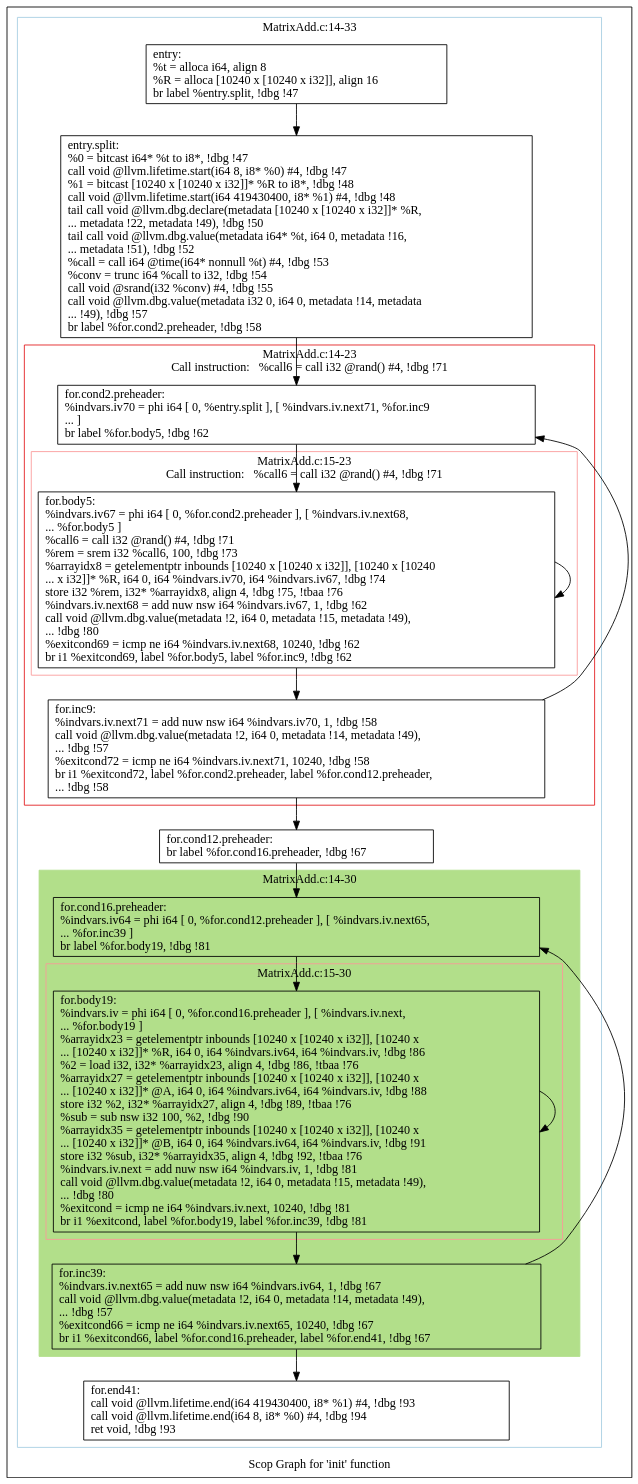
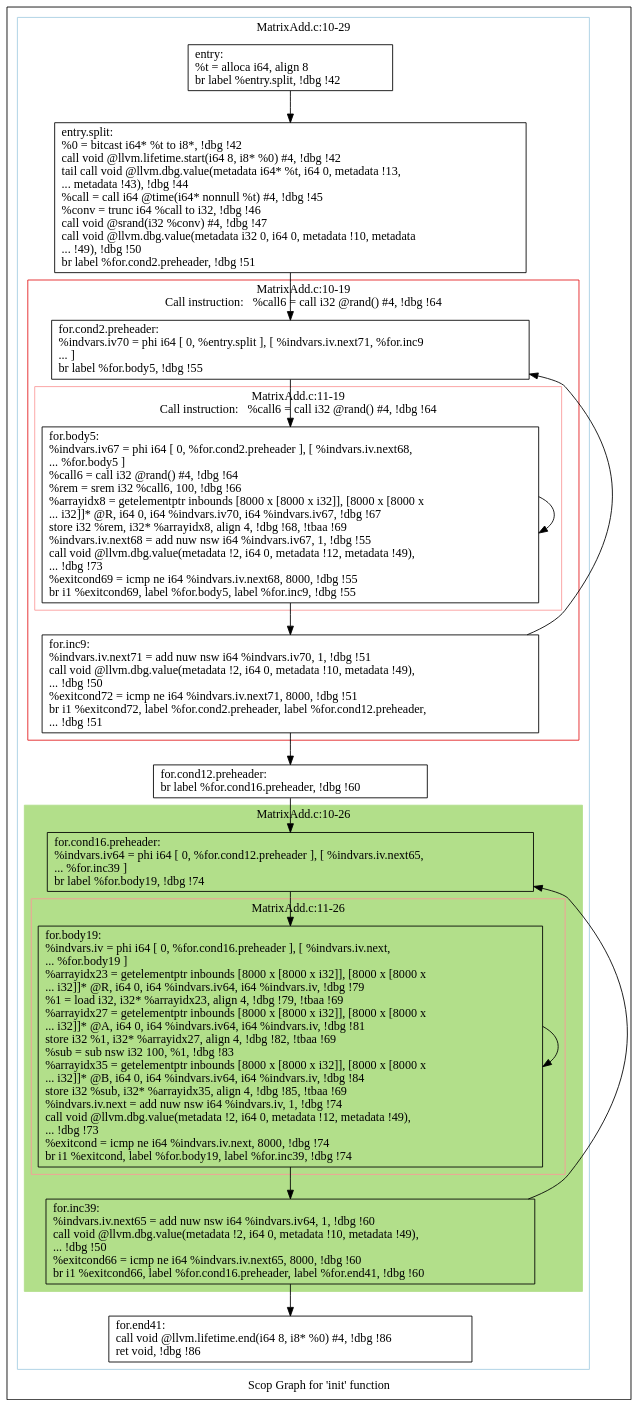
Before and after one commit to samminweng/WhileyOpenCL: the diagram in polly/MatrixAdd/impl/handwritten/dot/scops.init.dot, drawn with Graphviz. The commit also changed 20 other files, not shown here.

```diff
--- a/polly/MatrixAdd/impl/handwritten/dot/scops.init.dot
+++ b/polly/MatrixAdd/impl/handwritten/dot/scops.init.dot
@@ -1,67 +1,67 @@
 digraph "Scop Graph for 'init' function" {
 	label="Scop Graph for 'init' function";
 
-	Node0xa0a33d0 [shape=record,label="{entry:\l  %t = alloca i64, align 8\l  %R = alloca [10240 x [10240 x i32]], align 16\l  br label %entry.split, !dbg !47\l}"];
-	Node0xa0a33d0 -> Node0xa170950;
-	Node0xa170950 [shape=record,label="{entry.split:                                      \l  %0 = bitcast i64* %t to i8*, !dbg !47\l  call void @llvm.lifetime.start(i64 8, i8* %0) #4, !dbg !47\l  %1 = bitcast [10240 x [10240 x i32]]* %R to i8*, !dbg !48\l  call void @llvm.lifetime.start(i64 419430400, i8* %1) #4, !dbg !48\l  tail call void @llvm.dbg.declare(metadata [10240 x [10240 x i32]]* %R,\l... metadata !22, metadata !49), !dbg !50\l  tail call void @llvm.dbg.value(metadata i64* %t, i64 0, metadata !16,\l... metadata !51), !dbg !52\l  %call = call i64 @time(i64* nonnull %t) #4, !dbg !53\l  %conv = trunc i64 %call to i32, !dbg !54\l  call void @srand(i32 %conv) #4, !dbg !55\l  call void @llvm.dbg.value(metadata i32 0, i64 0, metadata !14, metadata\l... !49), !dbg !57\l  br label %for.cond2.preheader, !dbg !58\l}"];
-	Node0xa170950 -> Node0xa0a00e0;
-	Node0xa0a00e0 [shape=record,label="{for.cond2.preheader:                              \l  %indvars.iv70 = phi i64 [ 0, %entry.split ], [ %indvars.iv.next71, %for.inc9\l... ]\l  br label %for.body5, !dbg !62\l}"];
-	Node0xa0a00e0 -> Node0xa0a2a00;
-	Node0xa0a2a00 [shape=record,label="{for.body5:                                        \l  %indvars.iv67 = phi i64 [ 0, %for.cond2.preheader ], [ %indvars.iv.next68,\l... %for.body5 ]\l  %call6 = call i32 @rand() #4, !dbg !71\l  %rem = srem i32 %call6, 100, !dbg !73\l  %arrayidx8 = getelementptr inbounds [10240 x [10240 x i32]], [10240 x [10240\l... x i32]]* %R, i64 0, i64 %indvars.iv70, i64 %indvars.iv67, !dbg !74\l  store i32 %rem, i32* %arrayidx8, align 4, !dbg !75, !tbaa !76\l  %indvars.iv.next68 = add nuw nsw i64 %indvars.iv67, 1, !dbg !62\l  call void @llvm.dbg.value(metadata !2, i64 0, metadata !15, metadata !49),\l... !dbg !80\l  %exitcond69 = icmp ne i64 %indvars.iv.next68, 10240, !dbg !62\l  br i1 %exitcond69, label %for.body5, label %for.inc9, !dbg !62\l}"];
-	Node0xa0a2a00 -> Node0xa0a2a00[constraint=false];
-	Node0xa0a2a00 -> Node0xa14ba80;
-	Node0xa14ba80 [shape=record,label="{for.inc9:                                         \l  %indvars.iv.next71 = add nuw nsw i64 %indvars.iv70, 1, !dbg !58\l  call void @llvm.dbg.value(metadata !2, i64 0, metadata !14, metadata !49),\l... !dbg !57\l  %exitcond72 = icmp ne i64 %indvars.iv.next71, 10240, !dbg !58\l  br i1 %exitcond72, label %for.cond2.preheader, label %for.cond12.preheader,\l... !dbg !58\l}"];
-	Node0xa14ba80 -> Node0xa0a00e0[constraint=false];
-	Node0xa14ba80 -> Node0xa0a4c90;
-	Node0xa0a4c90 [shape=record,label="{for.cond12.preheader:                             \l  br label %for.cond16.preheader, !dbg !67\l}"];
-	Node0xa0a4c90 -> Node0xa0aceb0;
-	Node0xa0aceb0 [shape=record,label="{for.cond16.preheader:                             \l  %indvars.iv64 = phi i64 [ 0, %for.cond12.preheader ], [ %indvars.iv.next65,\l... %for.inc39 ]\l  br label %for.body19, !dbg !81\l}"];
-	Node0xa0aceb0 -> Node0xa099dd0;
-	Node0xa099dd0 [shape=record,label="{for.body19:                                       \l  %indvars.iv = phi i64 [ 0, %for.cond16.preheader ], [ %indvars.iv.next,\l... %for.body19 ]\l  %arrayidx23 = getelementptr inbounds [10240 x [10240 x i32]], [10240 x\l... [10240 x i32]]* %R, i64 0, i64 %indvars.iv64, i64 %indvars.iv, !dbg !86\l  %2 = load i32, i32* %arrayidx23, align 4, !dbg !86, !tbaa !76\l  %arrayidx27 = getelementptr inbounds [10240 x [10240 x i32]], [10240 x\l... [10240 x i32]]* @A, i64 0, i64 %indvars.iv64, i64 %indvars.iv, !dbg !88\l  store i32 %2, i32* %arrayidx27, align 4, !dbg !89, !tbaa !76\l  %sub = sub nsw i32 100, %2, !dbg !90\l  %arrayidx35 = getelementptr inbounds [10240 x [10240 x i32]], [10240 x\l... [10240 x i32]]* @B, i64 0, i64 %indvars.iv64, i64 %indvars.iv, !dbg !91\l  store i32 %sub, i32* %arrayidx35, align 4, !dbg !92, !tbaa !76\l  %indvars.iv.next = add nuw nsw i64 %indvars.iv, 1, !dbg !81\l  call void @llvm.dbg.value(metadata !2, i64 0, metadata !15, metadata !49),\l... !dbg !80\l  %exitcond = icmp ne i64 %indvars.iv.next, 10240, !dbg !81\l  br i1 %exitcond, label %for.body19, label %for.inc39, !dbg !81\l}"];
-	Node0xa099dd0 -> Node0xa099dd0[constraint=false];
-	Node0xa099dd0 -> Node0xa0a2990;
-	Node0xa0a2990 [shape=record,label="{for.inc39:                                        \l  %indvars.iv.next65 = add nuw nsw i64 %indvars.iv64, 1, !dbg !67\l  call void @llvm.dbg.value(metadata !2, i64 0, metadata !14, metadata !49),\l... !dbg !57\l  %exitcond66 = icmp ne i64 %indvars.iv.next65, 10240, !dbg !67\l  br i1 %exitcond66, label %for.cond16.preheader, label %for.end41, !dbg !67\l}"];
-	Node0xa0a2990 -> Node0xa0aceb0[constraint=false];
-	Node0xa0a2990 -> Node0xa09b550;
-	Node0xa09b550 [shape=record,label="{for.end41:                                        \l  call void @llvm.lifetime.end(i64 419430400, i8* %1) #4, !dbg !93\l  call void @llvm.lifetime.end(i64 8, i8* %0) #4, !dbg !94\l  ret void, !dbg !93\l}"];
+	Node0xaea4240 [shape=record,label="{entry:\l  %t = alloca i64, align 8\l  br label %entry.split, !dbg !42\l}"];
+	Node0xaea4240 -> Node0xae9c910;
+	Node0xae9c910 [shape=record,label="{entry.split:                                      \l  %0 = bitcast i64* %t to i8*, !dbg !42\l  call void @llvm.lifetime.start(i64 8, i8* %0) #4, !dbg !42\l  tail call void @llvm.dbg.value(metadata i64* %t, i64 0, metadata !13,\l... metadata !43), !dbg !44\l  %call = call i64 @time(i64* nonnull %t) #4, !dbg !45\l  %conv = trunc i64 %call to i32, !dbg !46\l  call void @srand(i32 %conv) #4, !dbg !47\l  call void @llvm.dbg.value(metadata i32 0, i64 0, metadata !10, metadata\l... !49), !dbg !50\l  br label %for.cond2.preheader, !dbg !51\l}"];
+	Node0xae9c910 -> Node0xae9c930;
+	Node0xae9c930 [shape=record,label="{for.cond2.preheader:                              \l  %indvars.iv70 = phi i64 [ 0, %entry.split ], [ %indvars.iv.next71, %for.inc9\l... ]\l  br label %for.body5, !dbg !55\l}"];
+	Node0xae9c930 -> Node0xaea4210;
+	Node0xaea4210 [shape=record,label="{for.body5:                                        \l  %indvars.iv67 = phi i64 [ 0, %for.cond2.preheader ], [ %indvars.iv.next68,\l... %for.body5 ]\l  %call6 = call i32 @rand() #4, !dbg !64\l  %rem = srem i32 %call6, 100, !dbg !66\l  %arrayidx8 = getelementptr inbounds [8000 x [8000 x i32]], [8000 x [8000 x\l... i32]]* @R, i64 0, i64 %indvars.iv70, i64 %indvars.iv67, !dbg !67\l  store i32 %rem, i32* %arrayidx8, align 4, !dbg !68, !tbaa !69\l  %indvars.iv.next68 = add nuw nsw i64 %indvars.iv67, 1, !dbg !55\l  call void @llvm.dbg.value(metadata !2, i64 0, metadata !12, metadata !49),\l... !dbg !73\l  %exitcond69 = icmp ne i64 %indvars.iv.next68, 8000, !dbg !55\l  br i1 %exitcond69, label %for.body5, label %for.inc9, !dbg !55\l}"];
+	Node0xaea4210 -> Node0xaea4210[constraint=false];
+	Node0xaea4210 -> Node0xae9c530;
+	Node0xae9c530 [shape=record,label="{for.inc9:                                         \l  %indvars.iv.next71 = add nuw nsw i64 %indvars.iv70, 1, !dbg !51\l  call void @llvm.dbg.value(metadata !2, i64 0, metadata !10, metadata !49),\l... !dbg !50\l  %exitcond72 = icmp ne i64 %indvars.iv.next71, 8000, !dbg !51\l  br i1 %exitcond72, label %for.cond2.preheader, label %for.cond12.preheader,\l... !dbg !51\l}"];
+	Node0xae9c530 -> Node0xae9c930[constraint=false];
+	Node0xae9c530 -> Node0xaf573d0;
+	Node0xaf573d0 [shape=record,label="{for.cond12.preheader:                             \l  br label %for.cond16.preheader, !dbg !60\l}"];
+	Node0xaf573d0 -> Node0xae97100;
+	Node0xae97100 [shape=record,label="{for.cond16.preheader:                             \l  %indvars.iv64 = phi i64 [ 0, %for.cond12.preheader ], [ %indvars.iv.next65,\l... %for.inc39 ]\l  br label %for.body19, !dbg !74\l}"];
+	Node0xae97100 -> Node0xaf573f0;
+	Node0xaf573f0 [shape=record,label="{for.body19:                                       \l  %indvars.iv = phi i64 [ 0, %for.cond16.preheader ], [ %indvars.iv.next,\l... %for.body19 ]\l  %arrayidx23 = getelementptr inbounds [8000 x [8000 x i32]], [8000 x [8000 x\l... i32]]* @R, i64 0, i64 %indvars.iv64, i64 %indvars.iv, !dbg !79\l  %1 = load i32, i32* %arrayidx23, align 4, !dbg !79, !tbaa !69\l  %arrayidx27 = getelementptr inbounds [8000 x [8000 x i32]], [8000 x [8000 x\l... i32]]* @A, i64 0, i64 %indvars.iv64, i64 %indvars.iv, !dbg !81\l  store i32 %1, i32* %arrayidx27, align 4, !dbg !82, !tbaa !69\l  %sub = sub nsw i32 100, %1, !dbg !83\l  %arrayidx35 = getelementptr inbounds [8000 x [8000 x i32]], [8000 x [8000 x\l... i32]]* @B, i64 0, i64 %indvars.iv64, i64 %indvars.iv, !dbg !84\l  store i32 %sub, i32* %arrayidx35, align 4, !dbg !85, !tbaa !69\l  %indvars.iv.next = add nuw nsw i64 %indvars.iv, 1, !dbg !74\l  call void @llvm.dbg.value(metadata !2, i64 0, metadata !12, metadata !49),\l... !dbg !73\l  %exitcond = icmp ne i64 %indvars.iv.next, 8000, !dbg !74\l  br i1 %exitcond, label %for.body19, label %for.inc39, !dbg !74\l}"];
+	Node0xaf573f0 -> Node0xaf573f0[constraint=false];
+	Node0xaf573f0 -> Node0xaf35720;
+	Node0xaf35720 [shape=record,label="{for.inc39:                                        \l  %indvars.iv.next65 = add nuw nsw i64 %indvars.iv64, 1, !dbg !60\l  call void @llvm.dbg.value(metadata !2, i64 0, metadata !10, metadata !49),\l... !dbg !50\l  %exitcond66 = icmp ne i64 %indvars.iv.next65, 8000, !dbg !60\l  br i1 %exitcond66, label %for.cond16.preheader, label %for.end41, !dbg !60\l}"];
+	Node0xaf35720 -> Node0xae97100[constraint=false];
+	Node0xaf35720 -> Node0xaf35780;
+	Node0xaf35780 [shape=record,label="{for.end41:                                        \l  call void @llvm.lifetime.end(i64 8, i8* %0) #4, !dbg !86\l  ret void, !dbg !86\l}"];
 	colorscheme = "paired12"
-        subgraph cluster_0xa0a0db0 {
-          label = "MatrixAdd.c:14-33
+        subgraph cluster_0xae96890 {
+          label = "MatrixAdd.c:10-29
 ";
           style = solid;
           color = 1
-          subgraph cluster_0xa14ba00 {
-            label = "MatrixAdd.c:14-23
-Call instruction:   %call6 = call i32 @rand() #4, !dbg !71";
+          subgraph cluster_0xae96190 {
+            label = "MatrixAdd.c:10-19
+Call instruction:   %call6 = call i32 @rand() #4, !dbg !64";
             style = solid;
             color = 6
-            subgraph cluster_0xa0a2c90 {
-              label = "MatrixAdd.c:15-23
-Call instruction:   %call6 = call i32 @rand() #4, !dbg !71";
+            subgraph cluster_0xae953d0 {
+              label = "MatrixAdd.c:11-19
+Call instruction:   %call6 = call i32 @rand() #4, !dbg !64";
               style = solid;
               color = 5
-              Node0xa0a2a00;
+              Node0xaea4210;
             }
-            Node0xa0a00e0;
-            Node0xa14ba80;
+            Node0xae9c930;
+            Node0xae9c530;
           }
-          subgraph cluster_0xa091880 {
-            label = "MatrixAdd.c:14-30
+          subgraph cluster_0xae93bf0 {
+            label = "MatrixAdd.c:10-26
 ";
             style = filled;
-            color = 3            subgraph cluster_0xa0a21a0 {
-              label = "MatrixAdd.c:15-30
+            color = 3            subgraph cluster_0xaf24600 {
+              label = "MatrixAdd.c:11-26
 ";
               style = solid;
               color = 5
-              Node0xa099dd0;
+              Node0xaf573f0;
             }
-            Node0xa0aceb0;
-            Node0xa0a2990;
+            Node0xae97100;
+            Node0xaf35720;
           }
-          Node0xa0a33d0;
-          Node0xa170950;
-          Node0xa0a4c90;
-          Node0xa09b550;
+          Node0xaea4240;
+          Node0xae9c910;
+          Node0xaf573d0;
+          Node0xaf35780;
         }
 }
```
